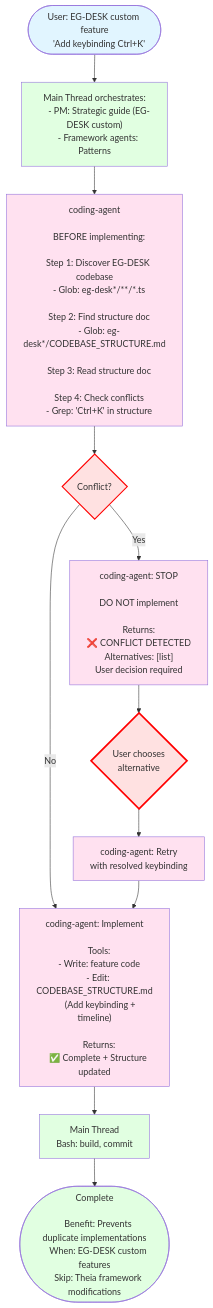
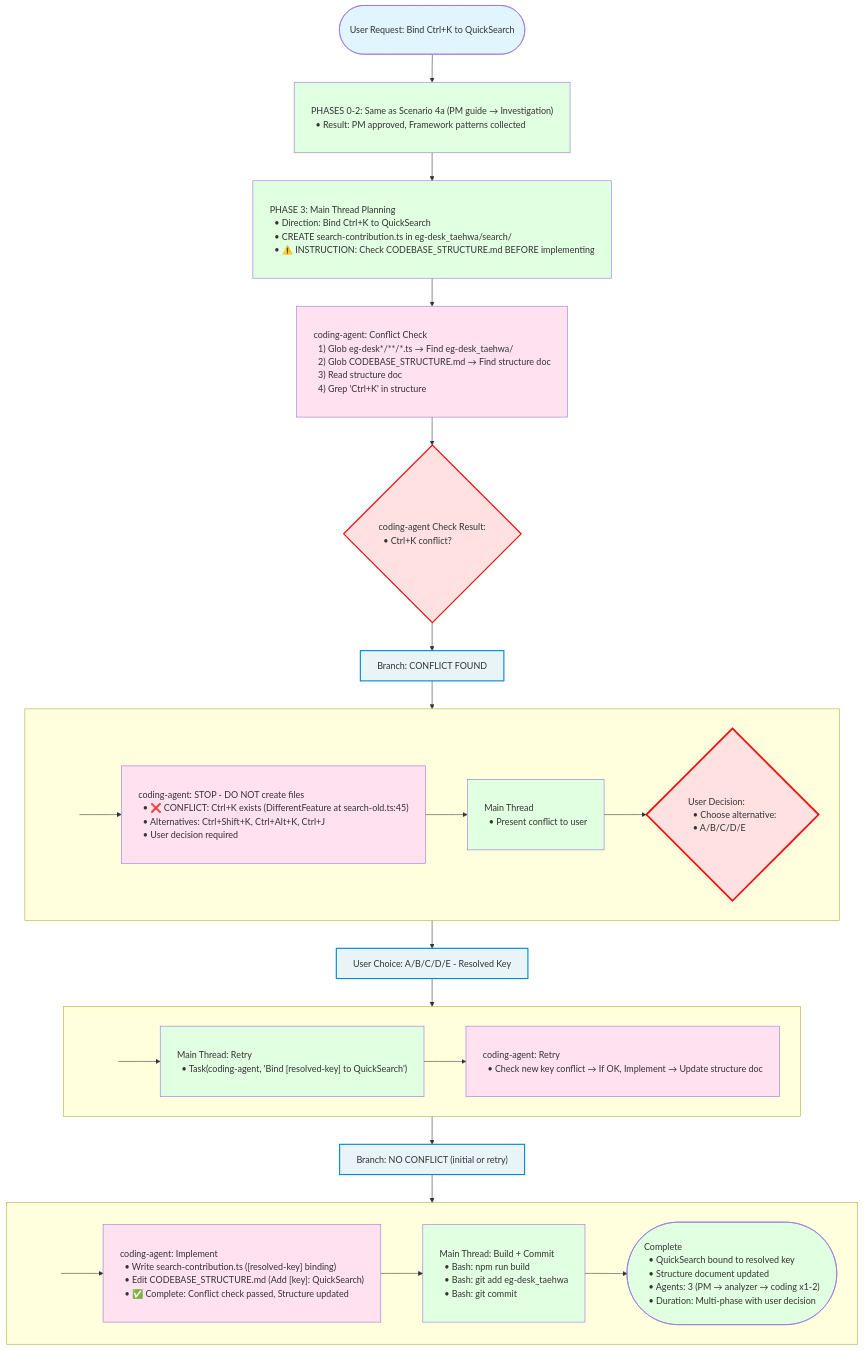
One commit to QUUS-TheSmallCodeTeam/theia-fork changed the eighth of 31 diagrams in AGENT_SWARM_FLOW_VISUAL.md. Above: the diagram before and after it, drawn with Mermaid. The commit also changed other lines of this file, not shown here.

First line of the commit message:
feat: redesign all mermaid diagrams with vertical flow and left-aligned text

````diff
--- a/AGENT_SWARM_FLOW_VISUAL.md
+++ b/AGENT_SWARM_FLOW_VISUAL.md
@@ -1033,72 +667,85 @@
 ```mermaid
 flowchart TD
-    User(["User: EG-DESK custom feature
-    'Add keybinding Ctrl+K'"])
+    classDef wideBox padding:12px 20px,text-align:left,white-space:pre;
+    classDef wideDecision padding:12px 20px,text-align:left,white-space:pre;
+    classDef invisible fill:none,stroke:none;
+    classDef branchLabel fill:#e8f4f8,stroke:#0288d1,stroke-width:2px,text-align:left,white-space:pre;
 
-    --> MT["Main Thread orchestrates:
-    - PM: Strategic guide (EG-DESK custom)
-    - Framework agents: Patterns"]
+    User(["User Request: Bind Ctrl+K to QuickSearch"]):::wideBox
 
-    --> Coding1["coding-agent
+    --> Phases["PHASES 0-2: Same as Scenario 4a (PM guide → Investigation)
+  • Result: PM approved, Framework patterns collected"]:::wideBox
 
-    BEFORE implementing:
+    --> MT3["PHASE 3: Main Thread Planning
+  • Direction: Bind Ctrl+K to QuickSearch
+  • CREATE search-contribution.ts in eg-desk_taehwa/search/
+  • ⚠️ INSTRUCTION: Check CODEBASE_STRUCTURE.md BEFORE implementing"]:::wideBox
 
-    Step 1: Discover EG-DESK codebase
-    - Glob: eg-desk*/**/*.ts
+    --> Coding1["coding-agent: Conflict Check
+  1) Glob eg-desk*/**/*.ts → Find eg-desk_taehwa/
+  2) Glob CODEBASE_STRUCTURE.md → Find structure doc
+  3) Read structure doc
+  4) Grep 'Ctrl+K' in structure"]:::wideBox
 
-    Step 2: Find structure doc
-    - Glob: eg-desk*/CODEBASE_STRUCTURE.md
+    --> ConflictCheck{"coding-agent Check Result:
+  • Ctrl+K conflict?"}:::wideDecision
 
-    Step 3: Read structure doc
+    --> Label1["Branch: CONFLICT FOUND"]:::branchLabel
 
-    Step 4: Check conflicts
-    - Grep: 'Ctrl+K' in structure"]
+    subgraph SG1 [" "]
+        direction LR
+        Entry1[" "]:::invisible --> Stop["coding-agent: STOP - DO NOT create files
+  • ❌ CONFLICT: Ctrl+K exists (DifferentFeature at search-old.ts:45)
+  • Alternatives: Ctrl+Shift+K, Ctrl+Alt+K, Ctrl+J
+  • User decision required"]:::wideBox --> MT4["Main Thread
+  • Present conflict to user"]:::wideBox --> UserDec{"User Decision:
+  • Choose alternative:
+  • A/B/C/D/E"}:::wideDecision
+    end
 
-    --> ConflictCheck{Conflict?}
+    Label1 --> Entry1
 
-    ConflictCheck -->|Yes| Stop["coding-agent: STOP
+    UserDec --> Label2["User Choice: A/B/C/D/E - Resolved Key"]:::branchLabel
 
-    DO NOT implement
+    subgraph SG2 [" "]
+        direction LR
+        Entry2[" "]:::invisible --> MT5["Main Thread: Retry
+  • Task(coding-agent, 'Bind [resolved-key] to QuickSearch')"]:::wideBox --> Coding2["coding-agent: Retry
+  • Check new key conflict → If OK, Implement → Update structure doc"]:::wideBox
+    end
 
-    Returns:
-    ❌ CONFLICT DETECTED
-    Alternatives: [list]
-    User decision required"]
+    Label2 --> Entry2
 
-    ConflictCheck -->|No| Impl["coding-agent: Implement
+    Coding2 --> Label3["Branch: NO CONFLICT (initial or retry)"]:::branchLabel
 
-    Tools:
-    - Write: feature code
-    - Edit: CODEBASE_STRUCTURE.md
-      (Add keybinding + timeline)
+    subgraph SG3 [" "]
+        direction LR
+        Entry3[" "]:::invisible --> Impl["coding-agent: Implement
+  • Write search-contribution.ts ([resolved-key] binding)
+  • Edit CODEBASE_STRUCTURE.md (Add [key]: QuickSearch)
+  • ✅ Complete: Conflict check passed, Structure updated"]:::wideBox --> MT6["Main Thread: Build + Commit
+  • Bash: npm run build
+  • Bash: git add eg-desk_taehwa
+  • Bash: git commit"]:::wideBox --> End(["Complete
+  • QuickSearch bound to resolved key
+  • Structure document updated
+  • Agents: 3 (PM → analyzer → coding x1-2)
+  • Duration: Multi-phase with user decision"]):::wideBox
+    end
 
-    Returns:
-    ✅ Complete + Structure updated"]
-
-    Stop --> UserDec{User chooses<br/>alternative}
-
-    UserDec --> Retry["coding-agent: Retry
-    with resolved keybinding"]
-
-    Retry --> Impl
-
-    Impl --> MT2["Main Thread
-    Bash: build, commit"]
-
-    --> End(["Complete
-
-    Benefit: Prevents duplicate implementations
-    When: EG-DESK custom features
-    Skip: Theia framework modifications"])
+    Label3 --> Entry3
 
     style User fill:#e1f5ff
     style ConflictCheck fill:#ffe1e1,stroke:#ff0000,stroke-width:2px
     style UserDec fill:#ffe1e1,stroke:#ff0000,stroke-width:3px
+    style Phases fill:#e1ffe1
+    style MT3 fill:#e1ffe1
+    style MT4 fill:#e1ffe1
+    style MT5 fill:#e1ffe1
+    style MT6 fill:#e1ffe1
     style Coding1 fill:#ffe1f0
+    style Coding2 fill:#ffe1f0
     style Stop fill:#ffe1f0
     style Impl fill:#ffe1f0
-    style Retry fill:#ffe1f0
-    style MT fill:#e1ffe1
-    style MT2 fill:#e1ffe1
     style End fill:#e1ffe1
 ```
````
